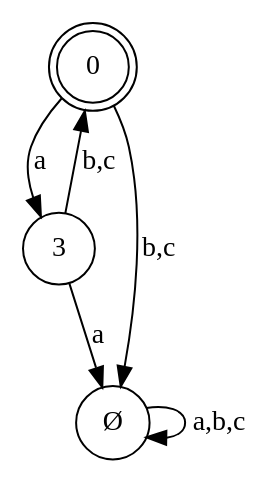
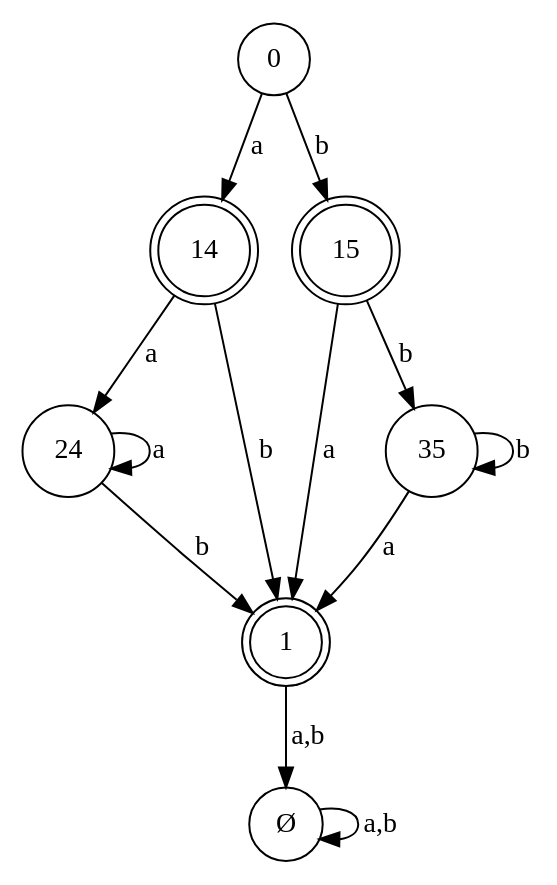
Before and after one commit to igorbragaia/CTC-34: the diagram in projeto_1/test-output/graph.gv, drawn with Graphviz. The commit also changed 3 other files, not shown here.

```diff
--- a/projeto_1/test-output/graph.gv
+++ b/projeto_1/test-output/graph.gv
@@ -1,10 +1,21 @@
 digraph {
-	0 [shape=doublecircle]
-	3 [shape=circle]
+	0 [shape=circle]
+	14 [shape=doublecircle]
+	15 [shape=doublecircle]
+	24 [shape=circle]
+	1 [shape=doublecircle]
+	35 [shape=circle]
 	"Ø" [shape=circle]
-	0 -> 3 [label=a]
-	"Ø" -> "Ø" [label="a,b,c"]
-	0 -> "Ø" [label="b,c"]
-	3 -> "Ø" [label=a]
-	3 -> 0 [label="b,c"]
+	0 -> 14 [label=a]
+	0 -> 15 [label=b]
+	14 -> 24 [label=a]
+	14 -> 1 [label=b]
+	15 -> 1 [label=a]
+	15 -> 35 [label=b]
+	24 -> 24 [label=a]
+	24 -> 1 [label=b]
+	35 -> 1 [label=a]
+	35 -> 35 [label=b]
+	"Ø" -> "Ø" [label="a,b"]
+	1 -> "Ø" [label="a,b"]
 }
```
